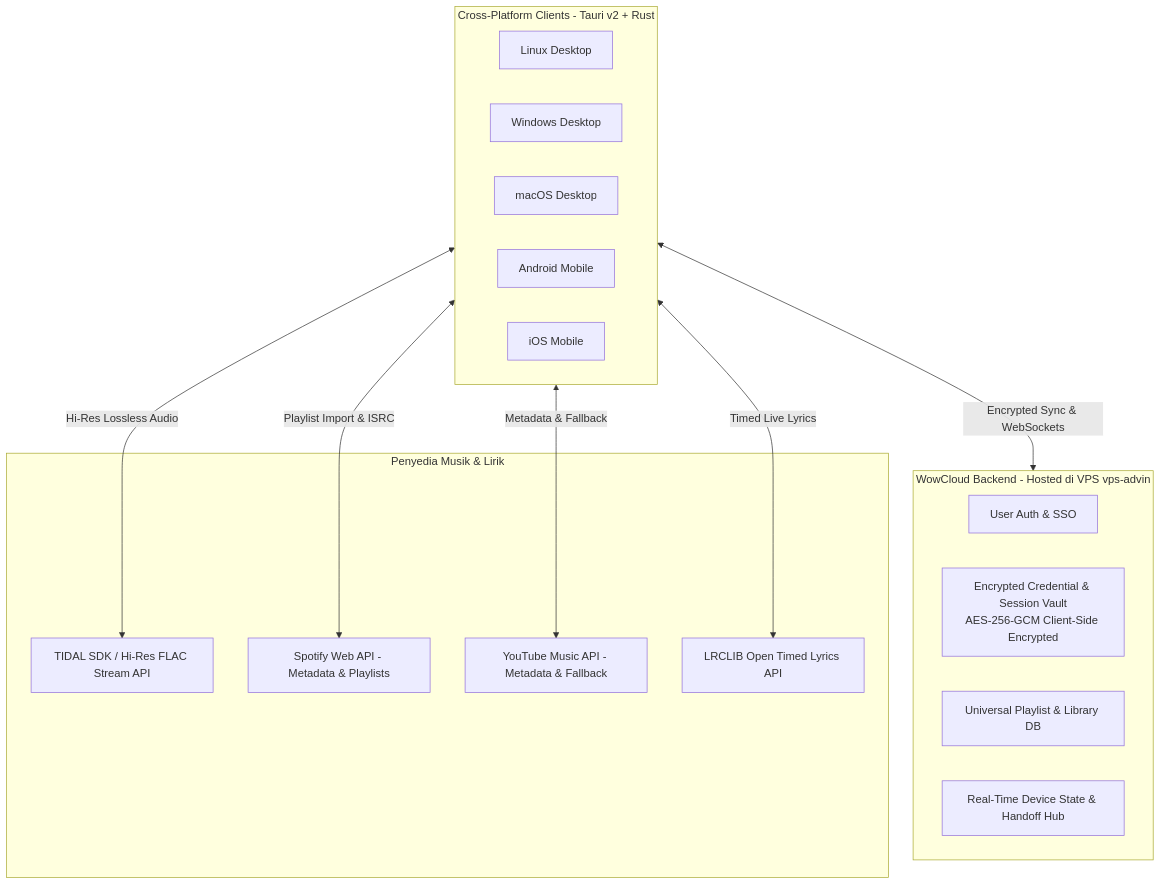
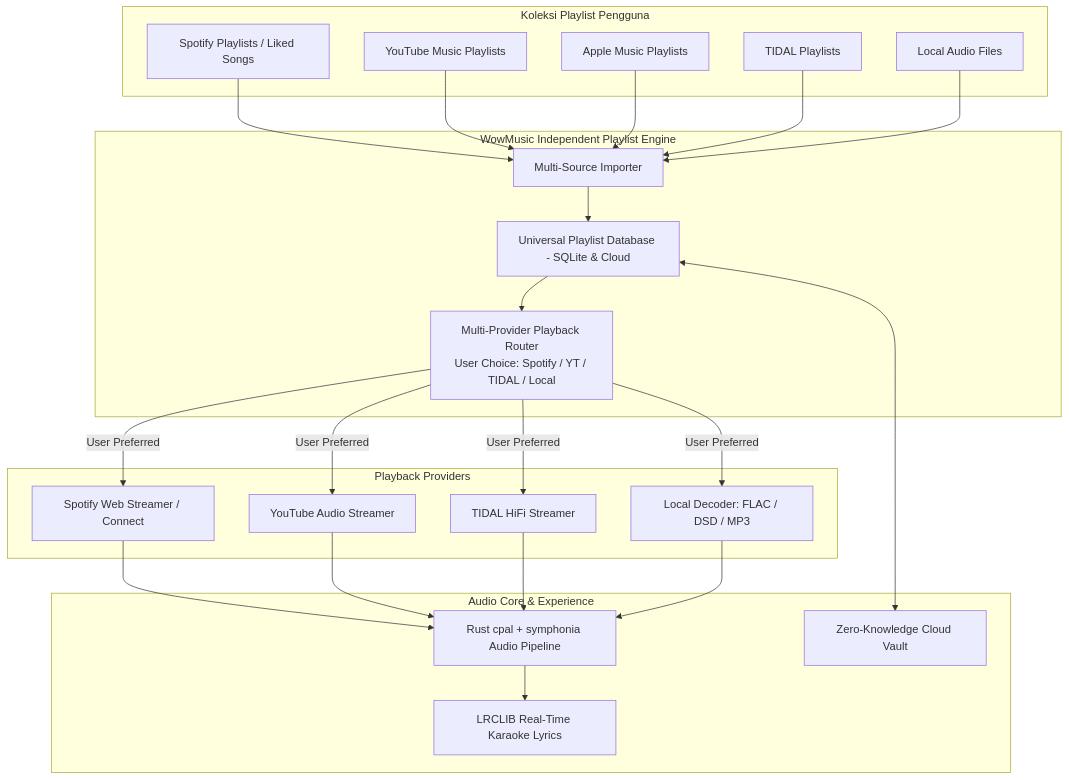
One commit to inimuqsith/WowMusicPlayer changed the diagram in PRD.md. Above: the diagram before and after it, drawn with Mermaid. The commit also changed other lines of this file and 5 other files, not shown here.

Commit message:
refactor: re-align core vision to independent universal playlist system with user-chosen streaming providers

````diff
--- a/PRD.md
+++ b/PRD.md
@@ -33,30 +38,46 @@
 ```mermaid
 graph TD
-    subgraph Clients [Cross-Platform Clients - Tauri v2 + Rust]
-        Linux[Linux Desktop]
-        Win[Windows Desktop]
-        Mac[macOS Desktop]
-        Android[Android Mobile]
-        iOS[iOS Mobile]
+    subgraph Sources [Koleksi Playlist Pengguna]
+        SP[Spotify Playlists / Liked Songs]
+        YT[YouTube Music Playlists]
+        AM[Apple Music Playlists]
+        TD[TIDAL Playlists]
+        LOC[Local Audio Files]
     end
 
-    subgraph WowCloud [WowCloud Backend - Hosted di VPS vps-advin]
-        AuthSvc[User Auth & SSO]
-        VaultSvc[Encrypted Credential & Session Vault\nAES-256-GCM Client-Side Encrypted]
-        PlaylistSync[Universal Playlist & Library DB]
-        StateSync[Real-Time Device State & Handoff Hub]
+    subgraph WowHub [WowMusic Independent Playlist Engine]
+        Ingestion[Multi-Source Importer]
+        SuperDB[Universal Playlist Database - SQLite & Cloud]
+        PlaybackRouter[Multi-Provider Playback Router\nUser Choice: Spotify / YT / TIDAL / Local]
     end
 
-    subgraph MusicProviders [Penyedia Musik & Lirik]
-        TidalAPI[TIDAL SDK / Hi-Res FLAC Stream API]
-        SpotifyAPI[Spotify Web API - Metadata & Playlists]
-        YTAPI[YouTube Music API - Metadata & Fallback]
-        LRCLIBAPI[LRCLIB Open Timed Lyrics API]
+    subgraph StreamingEngines [Playback Providers]
+        SpotifyPlayer[Spotify Web Streamer / Connect]
+        YTPlayer[YouTube Audio Streamer]
+        TidalPlayer[TIDAL HiFi Streamer]
+        LocalPlayer[Local Decoder: FLAC / DSD / MP3]
     end
 
-    Clients <-->|Encrypted Sync & WebSockets| WowCloud
-    Clients <-->|Hi-Res Lossless Audio| TidalAPI
-    Clients <-->|Playlist Import & ISRC| SpotifyAPI
-    Clients <-->|Metadata & Fallback| YTAPI
-    Clients <-->|Timed Live Lyrics| LRCLIBAPI
+    subgraph Core [Audio Core & Experience]
+        AudioPipeline[Rust cpal + symphonia Audio Pipeline]
+        LiveLyrics[LRCLIB Real-Time Karaoke Lyrics]
+        CloudVault[Zero-Knowledge Cloud Vault]
+    end
+
+    SP --> Ingestion
+    YT --> Ingestion
+    AM --> Ingestion
+    TD --> Ingestion
+    LOC --> Ingestion
+
+    Ingestion --> SuperDB
+    SuperDB --> PlaybackRouter
+
+    PlaybackRouter -->|User Preferred| SpotifyPlayer --> AudioPipeline
+    PlaybackRouter -->|User Preferred| YTPlayer --> AudioPipeline
+    PlaybackRouter -->|User Preferred| TidalPlayer --> AudioPipeline
+    PlaybackRouter -->|User Preferred| LocalPlayer --> AudioPipeline
+
+    AudioPipeline --> LiveLyrics
+    SuperDB <--> CloudVault
 ```
````
